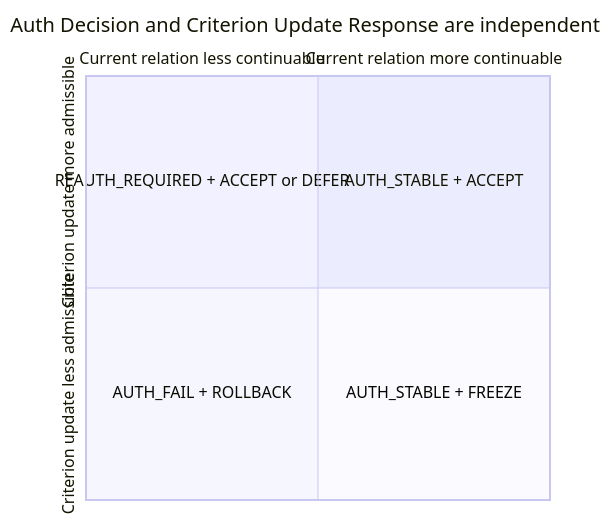
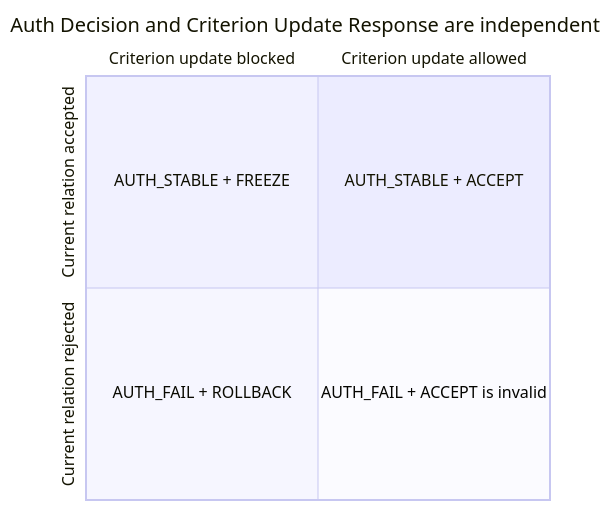
Before and after one commit to gitGyro-Dev/gyroauth: the sixth of 6 diagrams in docs/27_figures_and_captions.md, drawn with Mermaid. The commit also changed other lines of this file, not shown here.

Commit message:
Align figure design documentation with publication order

````diff
--- a/docs/27_figures_and_captions.md
+++ b/docs/27_figures_and_captions.md
@@ -137,10 +140,10 @@
 ```mermaid
 quadrantChart
     title Auth Decision and Criterion Update Response are independent
-    x-axis Current relation less continuable --> Current relation more continuable
-    y-axis Criterion update less admissible --> Criterion update more admissible
+    x-axis Criterion update blocked --> Criterion update allowed
+    y-axis Current relation rejected --> Current relation accepted
     quadrant-1 AUTH_STABLE + ACCEPT
-    quadrant-2 REAUTH_REQUIRED + ACCEPT or DEFER
+    quadrant-2 AUTH_STABLE + FREEZE
     quadrant-3 AUTH_FAIL + ROLLBACK
-    quadrant-4 AUTH_STABLE + FREEZE
+    quadrant-4 AUTH_FAIL + ACCEPT is invalid
 ```
````
